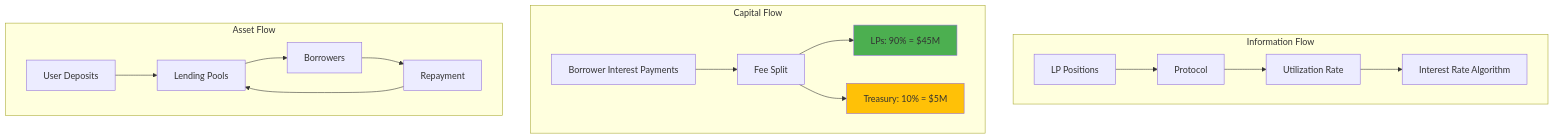
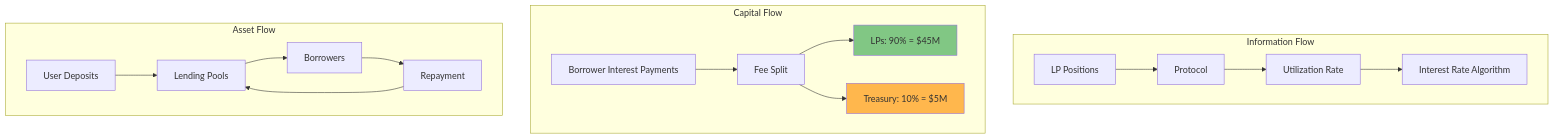
One commit to ljg-cqu/knowledge changed the fourth of 11 diagrams in Industry/Blockchain/Blockchain/ValueChain/QA_Perplexity.md. Above: the diagram before and after it, drawn with Mermaid. The commit also changed other lines of this file and 6 other files, not shown here.

````diff
--- a/Industry/Blockchain/Blockchain/ValueChain/QA_Perplexity.md
+++ b/Industry/Blockchain/Blockchain/ValueChain/QA_Perplexity.md
@@ -210,24 +210,24 @@
 ```mermaid
 graph TB
     subgraph Information Flow
     I1[LP Positions] --> I2[Protocol]
     I2 --> I3[Utilization Rate]
     I3 --> I4[Interest Rate Algorithm]
     end
     
     subgraph Capital Flow
     C1[Borrower Interest Payments] --> C2[Fee Split]
     C2 --> C3[LPs: 90% = $45M]
     C2 --> C4[Treasury: 10% = $5M]
     end
     
     subgraph Asset Flow
     A1[User Deposits] --> A2[Lending Pools]
     A2 --> A3[Borrowers]
     A3 --> A4[Repayment]
     A4 --> A2
     end
     
-    style C3 fill:#4CAF50
-    style C4 fill:#FFC107
+    style C3 fill:#81C784
+    style C4 fill:#FFB74D
 ```
````
